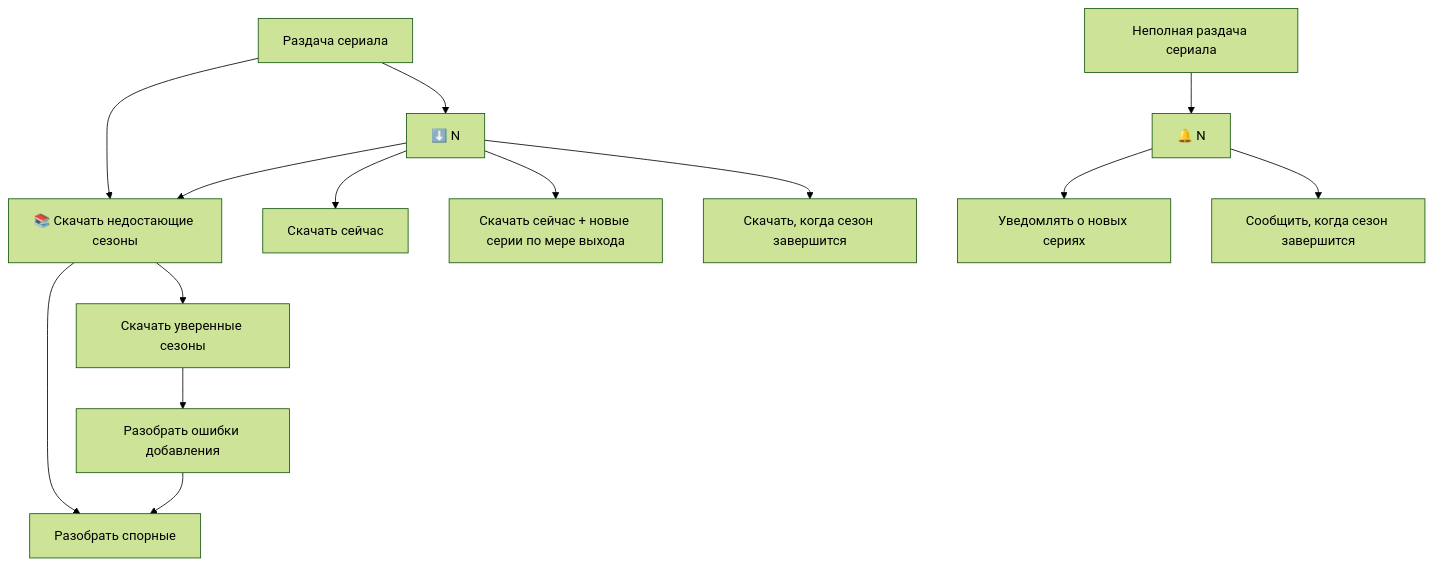
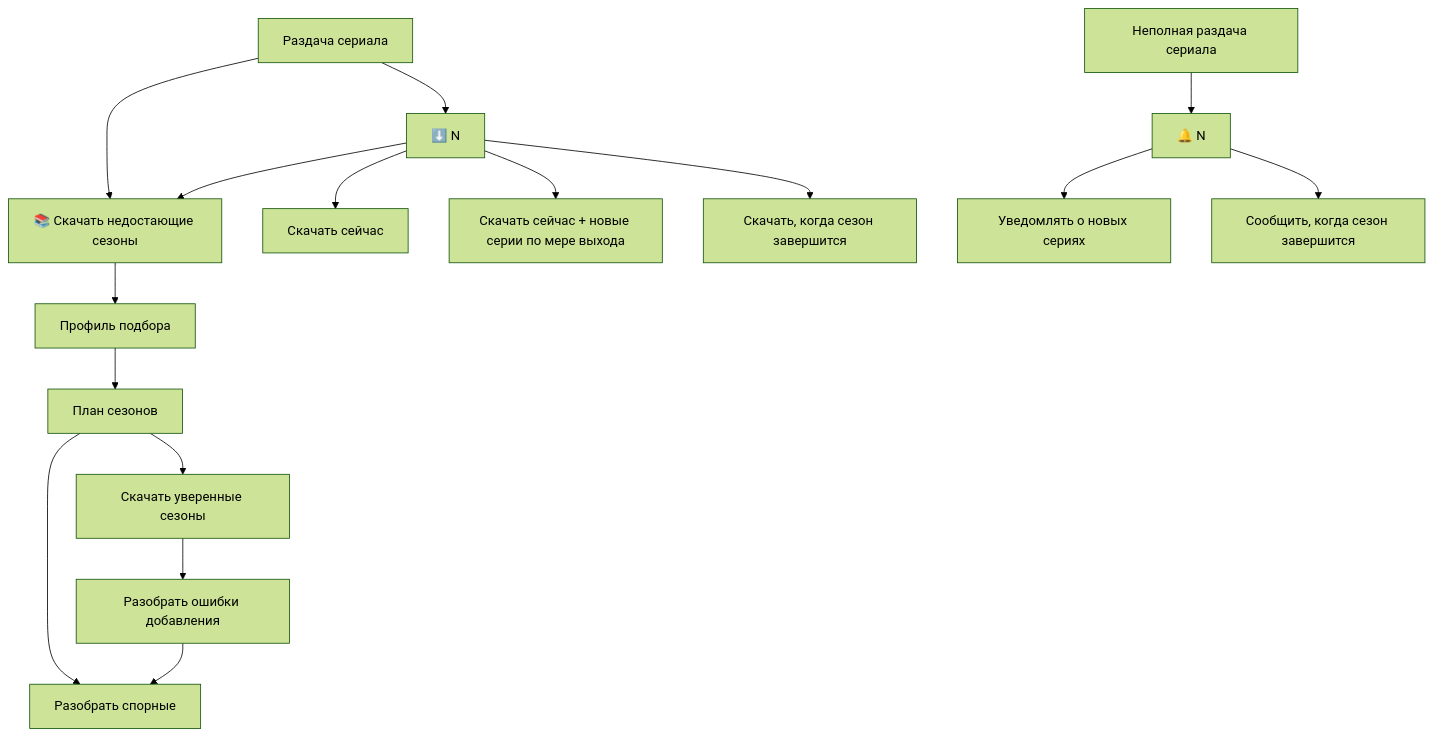
One commit to KiMorev/tg-torrent-bot changed the second of 3 diagrams in README.md. Above: the diagram before and after it, drawn with Mermaid (forest theme). The commit also changed other lines of this file and 4 other files, not shown here.

Commit message:
Add series bulk profile step

````diff
--- a/README.md
+++ b/README.md
@@ -94,16 +94,18 @@
 ```mermaid
 flowchart TD
     result["Раздача сериала"] --> download["⬇️ N"]
     result --> bulk["📚 Скачать недостающие сезоны"]
     partial["Неполная раздача сериала"] --> notify["🔔 N"]
     download --> now["Скачать сейчас"]
     download --> bulk
-    bulk --> confident["Скачать уверенные сезоны"]
-    bulk --> review["Разобрать спорные"]
+    bulk --> profile["Профиль подбора"]
+    profile --> plan["План сезонов"]
+    plan --> confident["Скачать уверенные сезоны"]
+    plan --> review["Разобрать спорные"]
     confident --> retry["Разобрать ошибки добавления"]
     retry --> review
     download --> now_updates["Скачать сейчас + новые серии по мере выхода"]
     download --> wait_full["Скачать, когда сезон завершится"]
     notify --> each["Уведомлять о новых сериях"]
     notify --> final["Сообщить, когда сезон завершится"]
 ```
````
